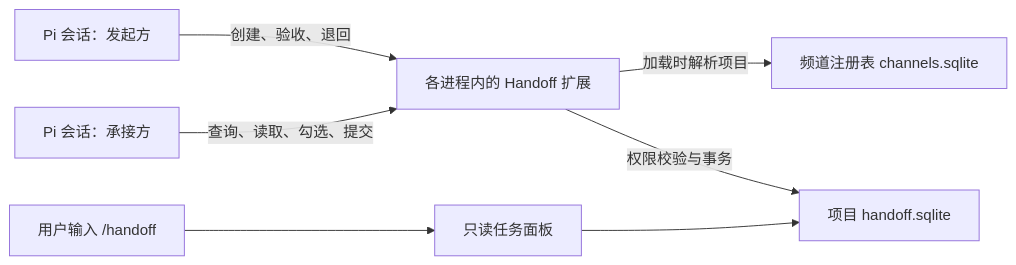
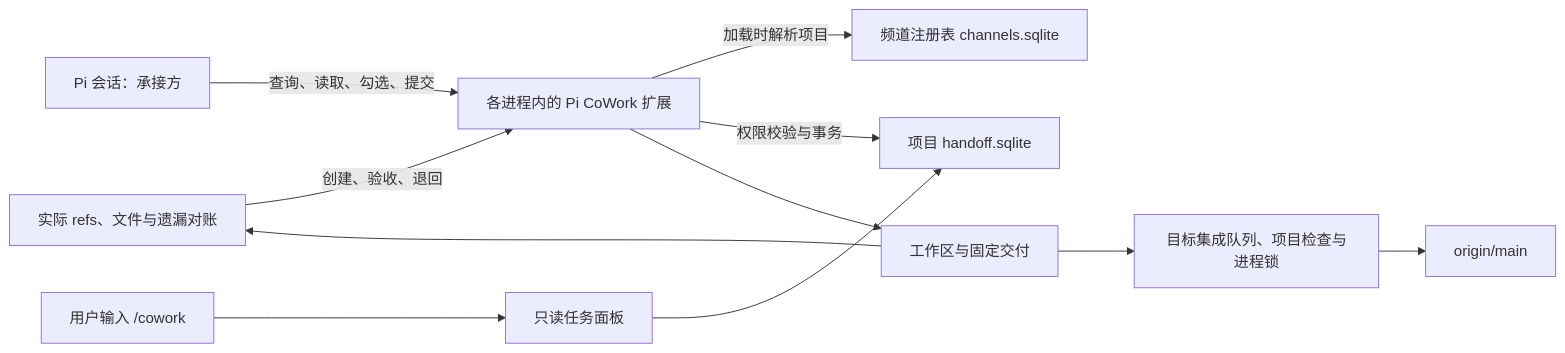
Before and after one commit to lyston11/pi-cowork: the first of 2 diagrams in README.md, drawn with Mermaid. The commit also changed other lines of this file and 19 other files, not shown here.

````diff
--- a/README.md
+++ b/README.md
@@ -56,9 +56,13 @@
 ```mermaid
 flowchart LR
-    A["Pi 会话：发起方"] -->|创建、验收、退回| E["各进程内的 Handoff 扩展"]
+    A["Pi 会话：发起方"] -->|创建、验收、退回| E["各进程内的 Pi CoWork 扩展"]
     B["Pi 会话：承接方"] -->|查询、读取、勾选、提交| E
     E -->|加载时解析项目| R["频道注册表 channels.sqlite"]
     E -->|权限校验与事务| D["项目 handoff.sqlite"]
-    U["用户输入 /handoff"] --> P["只读任务面板"]
+    E --> W["工作区与固定交付"]
+    W --> Q["目标集成队列、项目检查与进程锁"]
+    Q --> M["origin/main"]
+    W --> A["实际 refs、文件与遗漏对账"]
+    U["用户输入 /cowork"] --> P["只读任务面板"]
     P --> D
 ```
````
